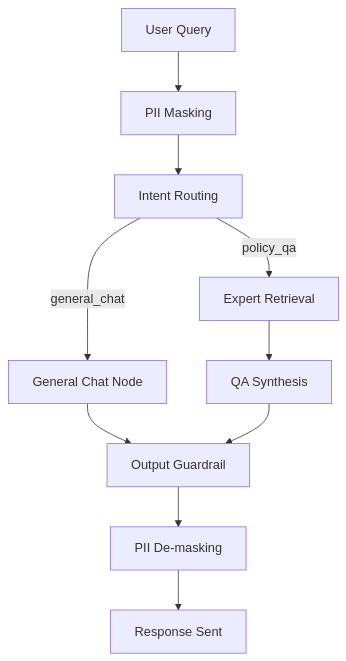
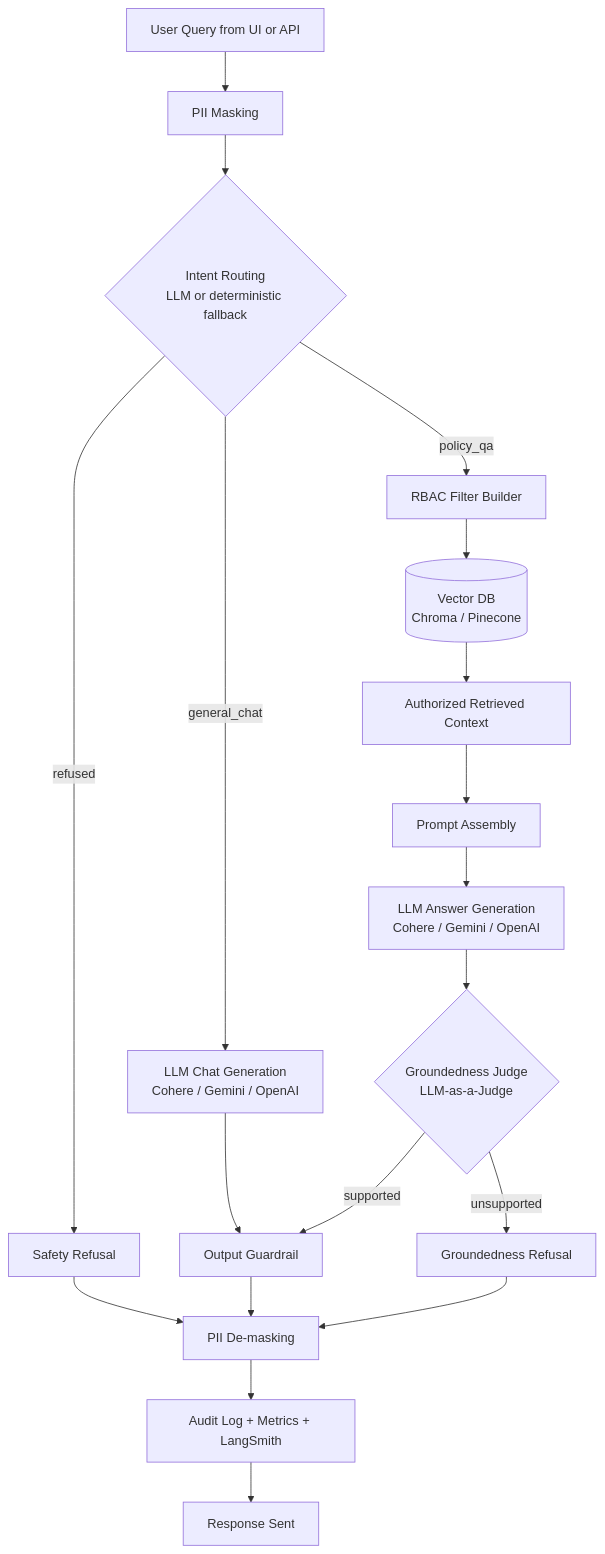
The diagram in README.md (khushboovdesai/Ask-Governed-RAG-Chatbot), drawn with Mermaid before and after one commit.

Commit message:
docs: clarify LLM generation in README flow
Expand the high-level Mermaid architecture flow to show chat generation, policy answer generation, the LLM-as-judge groundedness step, and observability logging.

````diff
--- a/README.md
+++ b/README.md
@@ -63,12 +63,21 @@
 ```mermaid
 flowchart TD
-    U[User Query] --> M[PII Masking]
-    M --> R[Intent Routing]
-    R -->|policy_qa| A[Expert Retrieval]
-    R -->|general_chat| C[General Chat Node]
-    A --> S[QA Synthesis]
-    C --> O[Output Guardrail]
-    S --> O
-    O --> D[PII De-masking]
-    D --> RSP[Response Sent]
+    U[User Query from UI or API] --> M[PII Masking]
+    M --> R{Intent Routing<br/>LLM or deterministic fallback}
+    R -->|refused| X[Safety Refusal]
+    R -->|general_chat| G[LLM Chat Generation<br/>Cohere / Gemini / OpenAI]
+    R -->|policy_qa| A[RBAC Filter Builder]
+    A --> V[(Vector DB<br/>Chroma / Pinecone)]
+    V --> C[Authorized Retrieved Context]
+    C --> P[Prompt Assembly]
+    P --> L[LLM Answer Generation<br/>Cohere / Gemini / OpenAI]
+    G --> O[Output Guardrail]
+    L --> J{Groundedness Judge<br/>LLM-as-a-Judge}
+    J -->|supported| O
+    J -->|unsupported| F[Groundedness Refusal]
+    X --> D[PII De-masking]
+    F --> D
+    O --> D
+    D --> LOG[Audit Log + Metrics + LangSmith]
+    LOG --> RSP[Response Sent]
 ```
````
